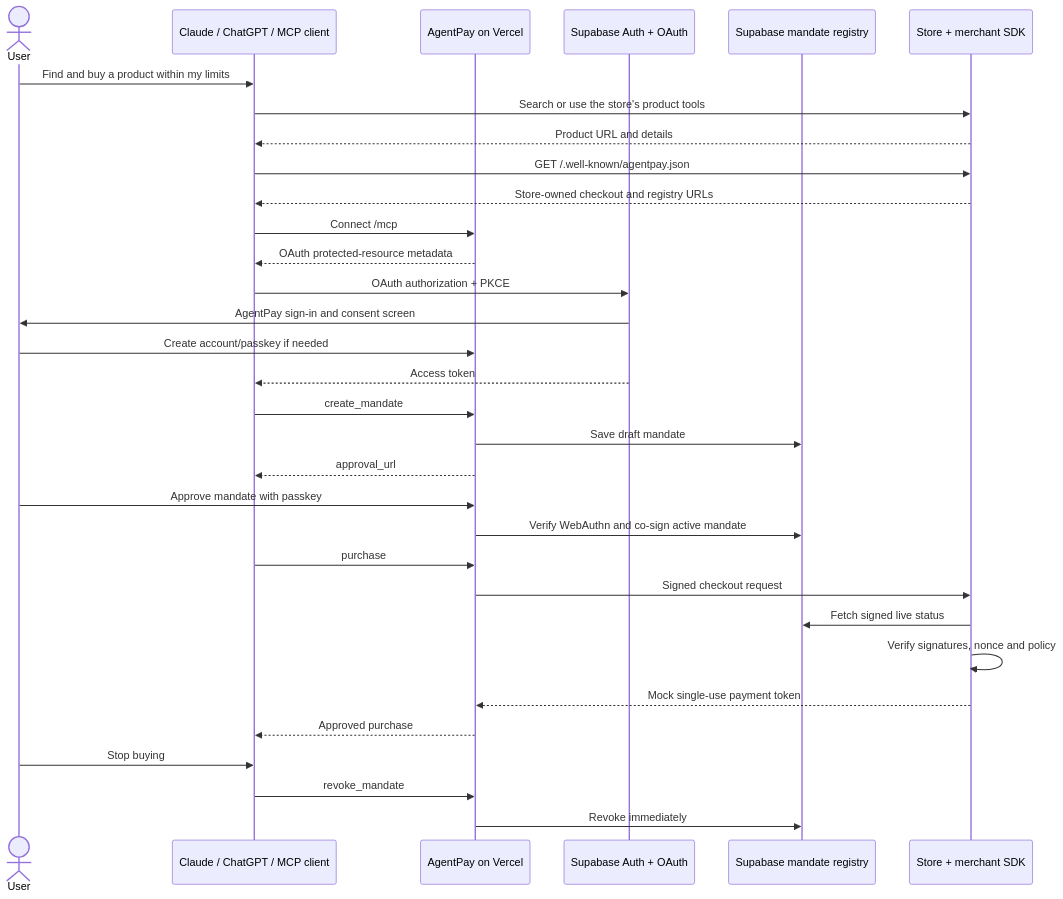
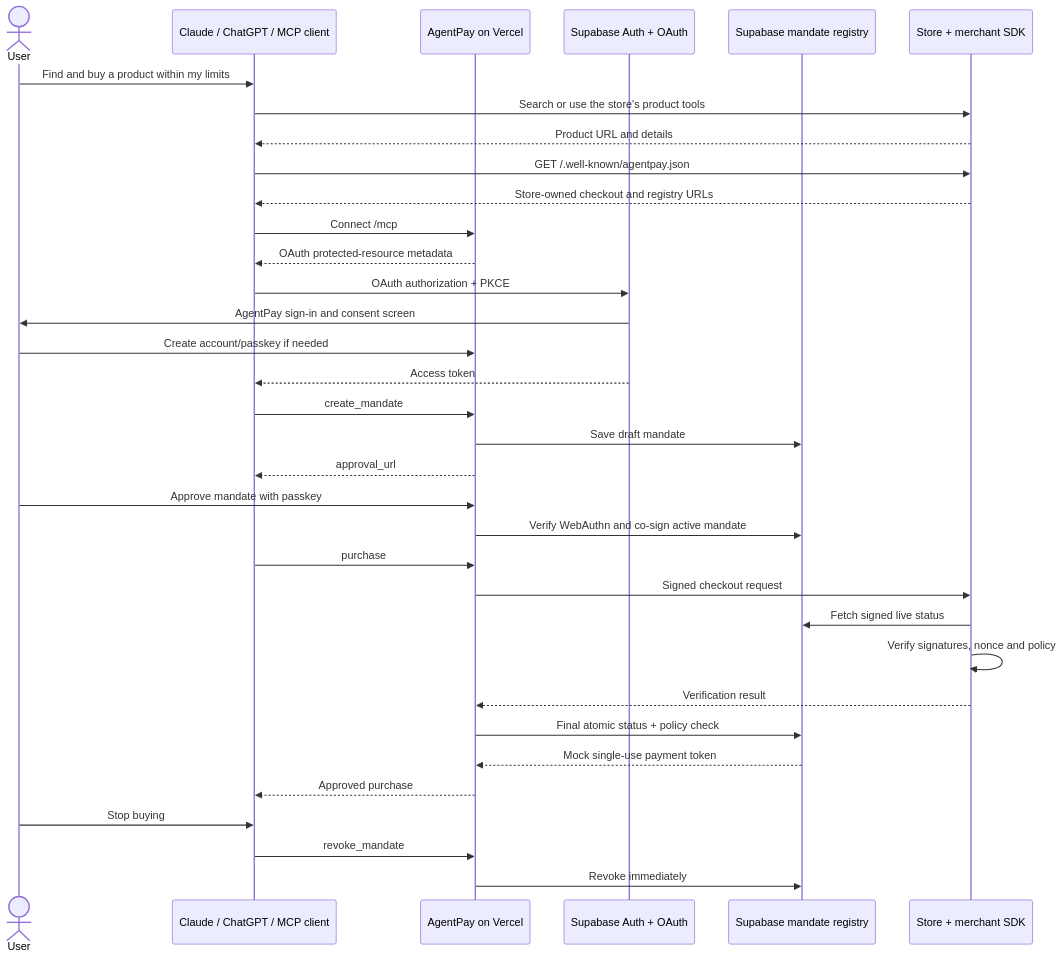
Before and after one commit to pedroschott/hackatonyuno: the diagram in docs/architecture.md, drawn with Mermaid. The commit also changed other lines of this file and 15 other files, not shown here.

````diff
--- a/docs/architecture.md
+++ b/docs/architecture.md
@@ -3,35 +3,37 @@
 ```mermaid
 sequenceDiagram
     actor User
     participant Agent as Claude / ChatGPT / MCP client
     participant AgentPay as AgentPay on Vercel
     participant Auth as Supabase Auth + OAuth
     participant Registry as Supabase mandate registry
     participant Store as Store + merchant SDK
 
     User->>Agent: Find and buy a product within my limits
     Agent->>Store: Search or use the store's product tools
     Store-->>Agent: Product URL and details
     Agent->>Store: GET /.well-known/agentpay.json
     Store-->>Agent: Store-owned checkout and registry URLs
     Agent->>AgentPay: Connect /mcp
     AgentPay-->>Agent: OAuth protected-resource metadata
     Agent->>Auth: OAuth authorization + PKCE
     Auth->>User: AgentPay sign-in and consent screen
     User->>AgentPay: Create account/passkey if needed
     Auth-->>Agent: Access token
     Agent->>AgentPay: create_mandate
     AgentPay->>Registry: Save draft mandate
     AgentPay-->>Agent: approval_url
     User->>AgentPay: Approve mandate with passkey
     AgentPay->>Registry: Verify WebAuthn and co-sign active mandate
     Agent->>AgentPay: purchase
     AgentPay->>Store: Signed checkout request
     Store->>Registry: Fetch signed live status
     Store->>Store: Verify signatures, nonce and policy
-    Store-->>AgentPay: Mock single-use payment token
+    Store-->>AgentPay: Verification result
+    AgentPay->>Registry: Final atomic status + policy check
+    Registry-->>AgentPay: Mock single-use payment token
     AgentPay-->>Agent: Approved purchase
     User->>Agent: Stop buying
     Agent->>AgentPay: revoke_mandate
     AgentPay->>Registry: Revoke immediately
 ```
````
